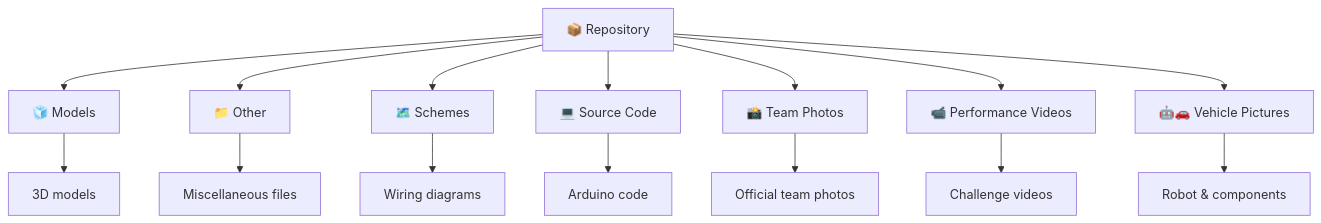
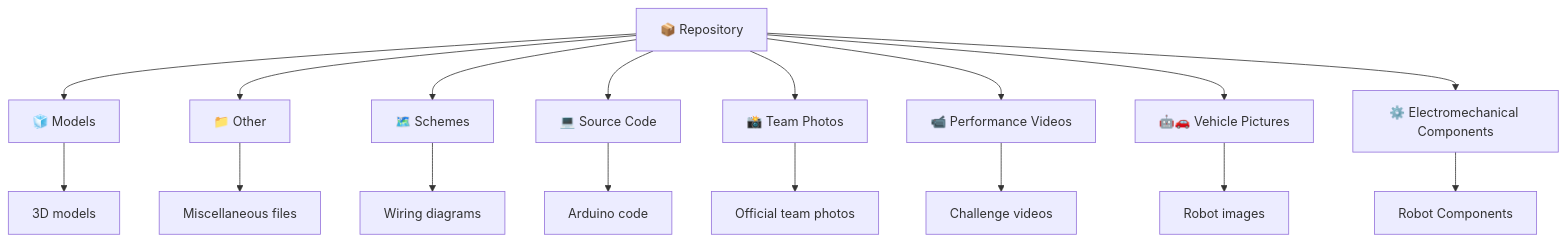
The first of 2 diagrams in README.md (x-lui-x-16/CSA-West-Robotics-WRO-FE-2026), drawn with Mermaid before and after one commit. The commit also changed other lines of this file, not shown here.

Commit message:
Revise README for clarity and add new components section
Updated section titles and added a new category for electromechanical components.

````diff
--- a/README.md
+++ b/README.md
@@ -6,20 +6,22 @@
 ```mermaid
 flowchart TD
     A["📦 Repository"]
 
     A --> B["🧊 Models"]
     A --> C["📁 Other"]
     A --> D["🗺️ Schemes"]
     A --> E["💻 Source Code"]
     A --> F["📸 Team Photos"]
     A --> G["📹 Performance Videos"]
     A --> H["🤖🚗 Vehicle Pictures"]
+    A --> I["⚙️ Electromechanical Components"]
 
     B --> B1["3D models"]
     C --> C1["Miscellaneous files"]
     D --> D1["Wiring diagrams"]
     E --> E1["Arduino code"]
     F --> F1["Official team photos"]
     G --> G1["Challenge videos"]
-    H --> H1["Robot & components"]
+    H --> H1["Robot images"]
+    I --> I1["Robot Components"]
 ```
````
